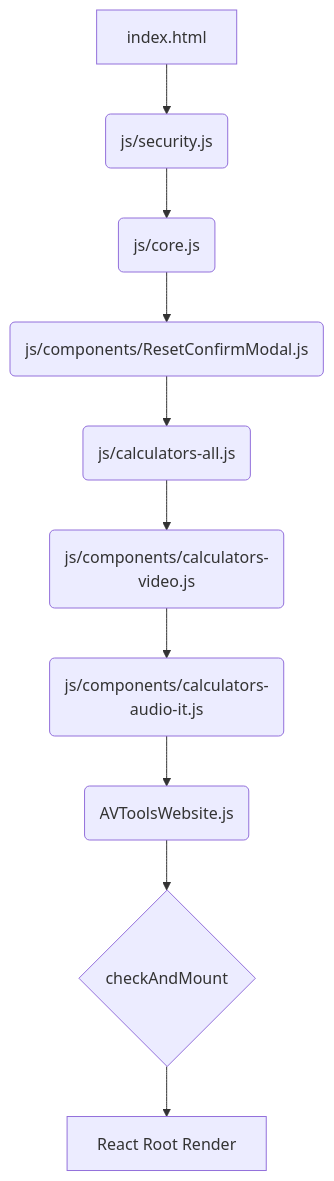
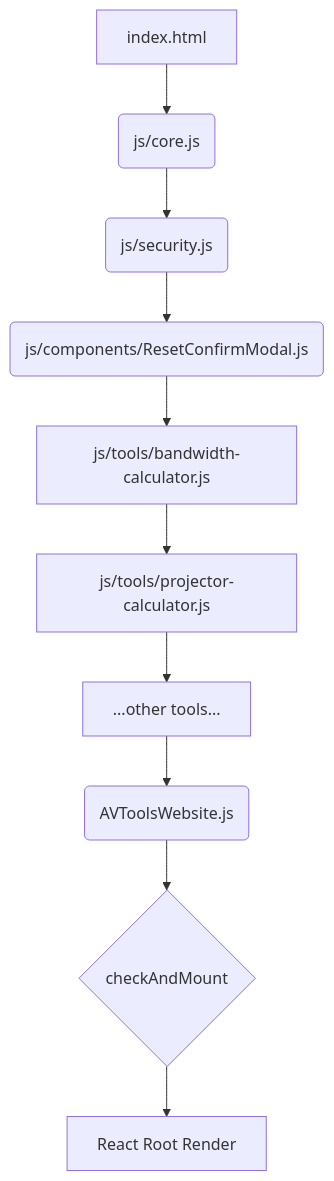
One commit to PURPLE-ORCA/RE-AVTOLS changed the diagram in docs/ARCHITECTURE.md. Above: the diagram before and after it, drawn with Mermaid. The commit also changed other lines of this file and 23 other files, not shown here.

````diff
--- a/docs/ARCHITECTURE.md
+++ b/docs/ARCHITECTURE.md
@@ -13,12 +13,12 @@
 ```mermaid
 graph TD
-    A[index.html] --> B(js/security.js)
-    B --> C(js/core.js)
+    A[index.html] --> B(js/core.js)
+    B --> C(js/security.js)
     C --> D(js/components/ResetConfirmModal.js)
-    D --> E(js/calculators-all.js)
-    E --> F(js/components/calculators-video.js)
-    F --> G(js/components/calculators-audio-it.js)
+    D --> E[js/tools/bandwidth-calculator.js]
+    E --> F[js/tools/projector-calculator.js]
+    F --> G[...other tools...]
     G --> H(AVToolsWebsite.js)
     H --> I{checkAndMount}
     I --> J[React Root Render]
 ```
````
